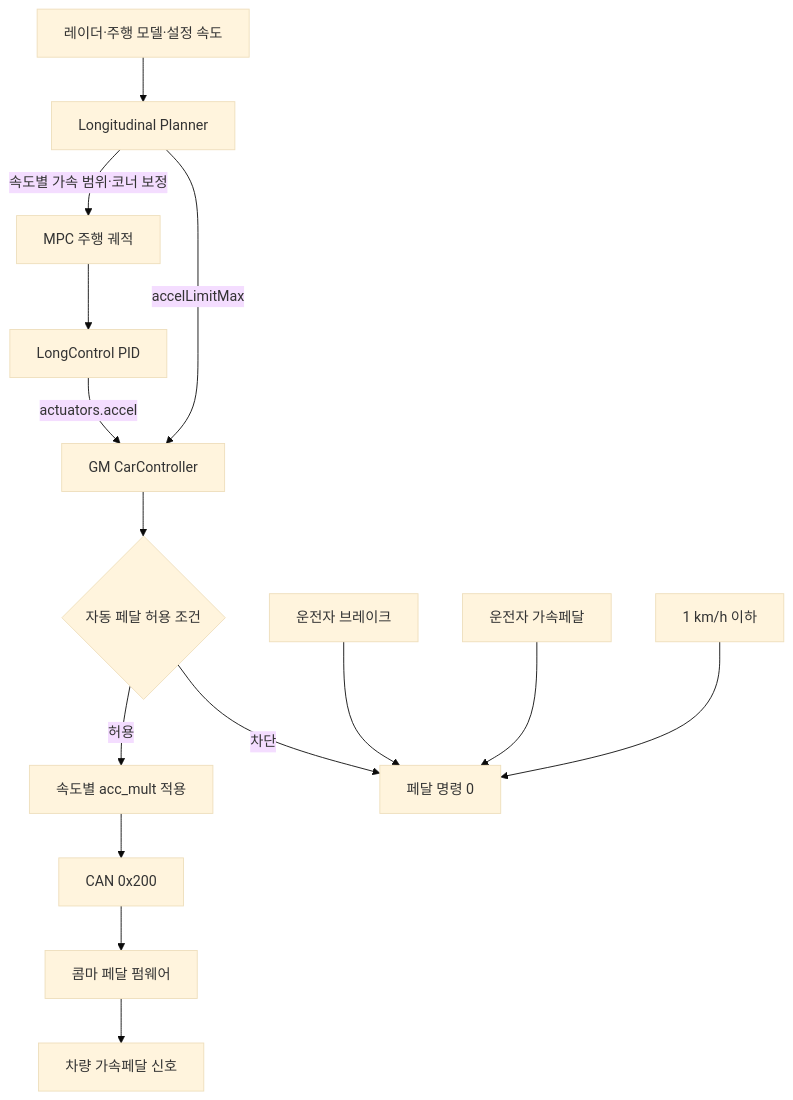
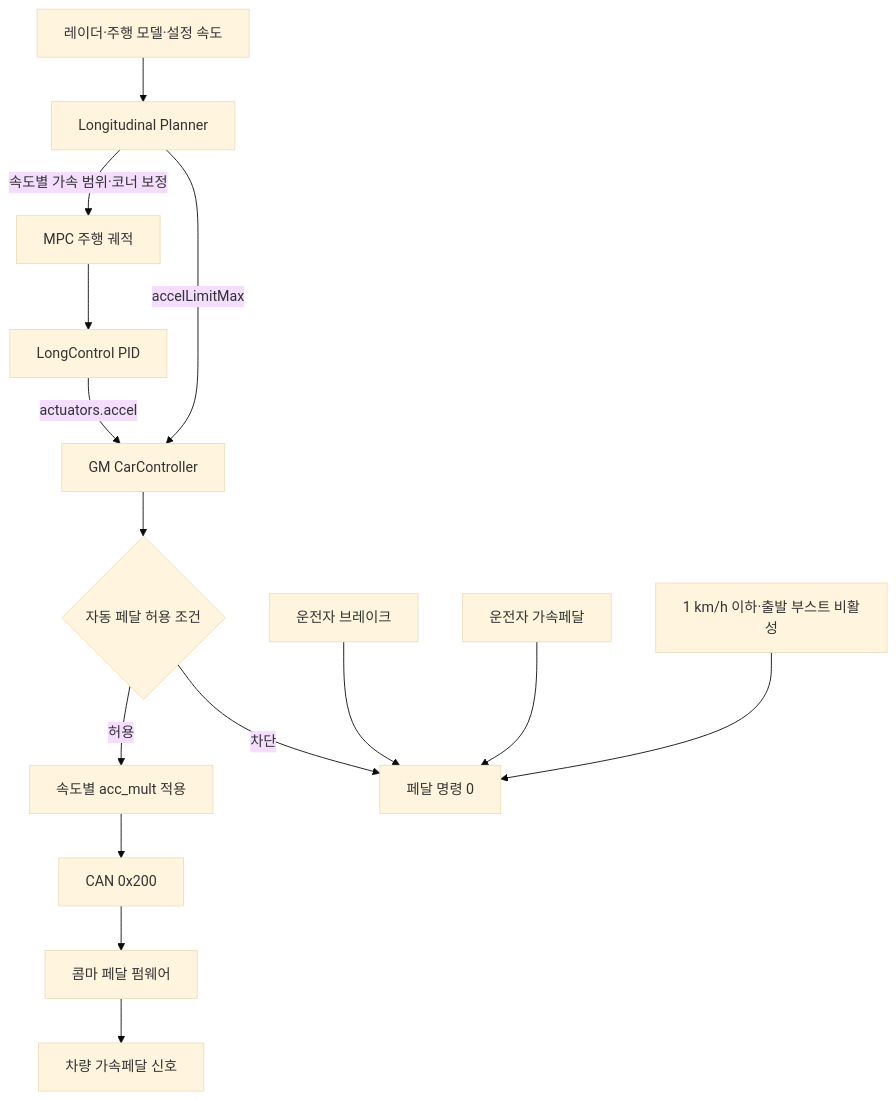
Before and after one commit to parksunkyu81/equinox-0.8.14-origin: the first of 8 diagrams in docs/comma_pedal.md, drawn with Mermaid (base theme). The commit also changed other lines of this file and 14 other files, not shown here.

````diff
--- a/docs/comma_pedal.md
+++ b/docs/comma_pedal.md
@@ -24,18 +23,18 @@
 ```mermaid
 flowchart TD
   A["레이더·주행 모델·설정 속도"] --> B["Longitudinal Planner"]
   B -->|"속도별 가속 범위·코너 보정"| C["MPC 주행 궤적"]
   C --> D["LongControl PID"]
   D -->|"actuators.accel"| E["GM CarController"]
   B -->|"accelLimitMax"| E
   E --> F{"자동 페달 허용 조건"}
   F -- "허용" --> G["속도별 acc_mult 적용"]
   F -- "차단" --> H["페달 명령 0"]
   G --> I["CAN 0x200"]
   I --> J["콤마 페달 펌웨어"]
   J --> K["차량 가속페달 신호"]
 
   L["운전자 브레이크"] --> H
   M["운전자 가속페달"] --> H
-  N["1 km/h 이하"] --> H
+  N["1 km/h 이하·출발 부스트 비활성"] --> H
 ```
````
